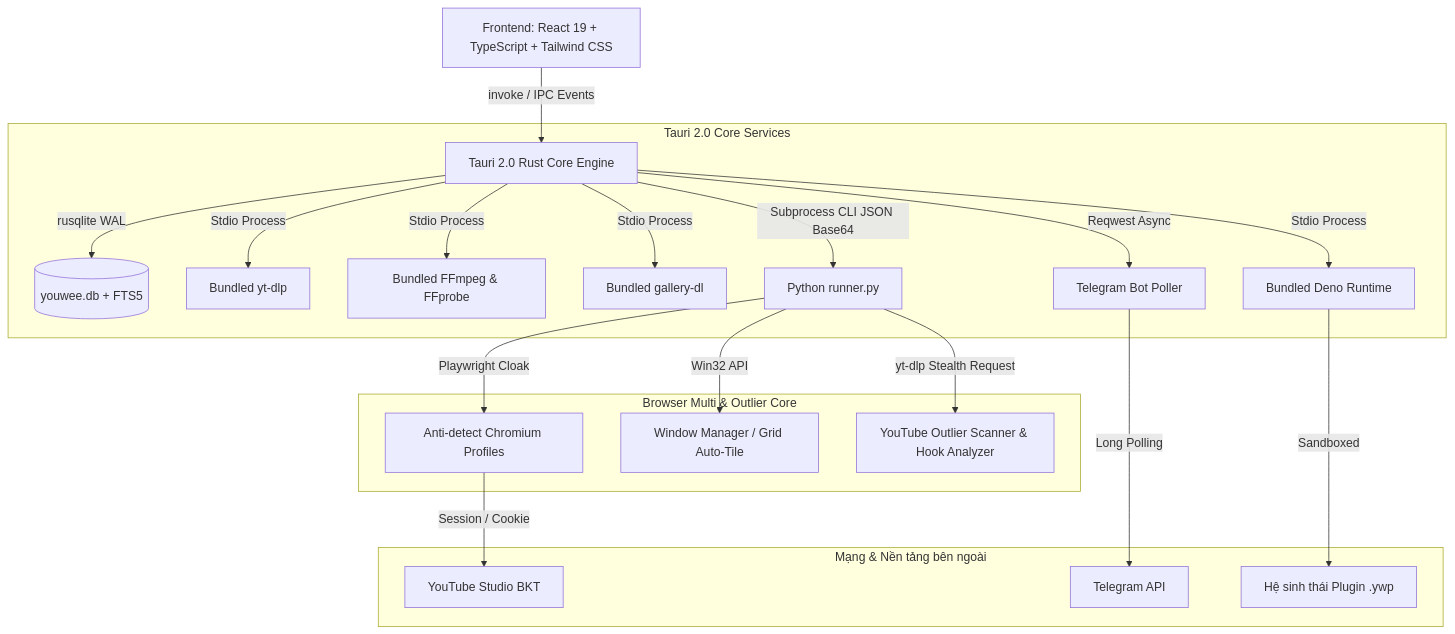
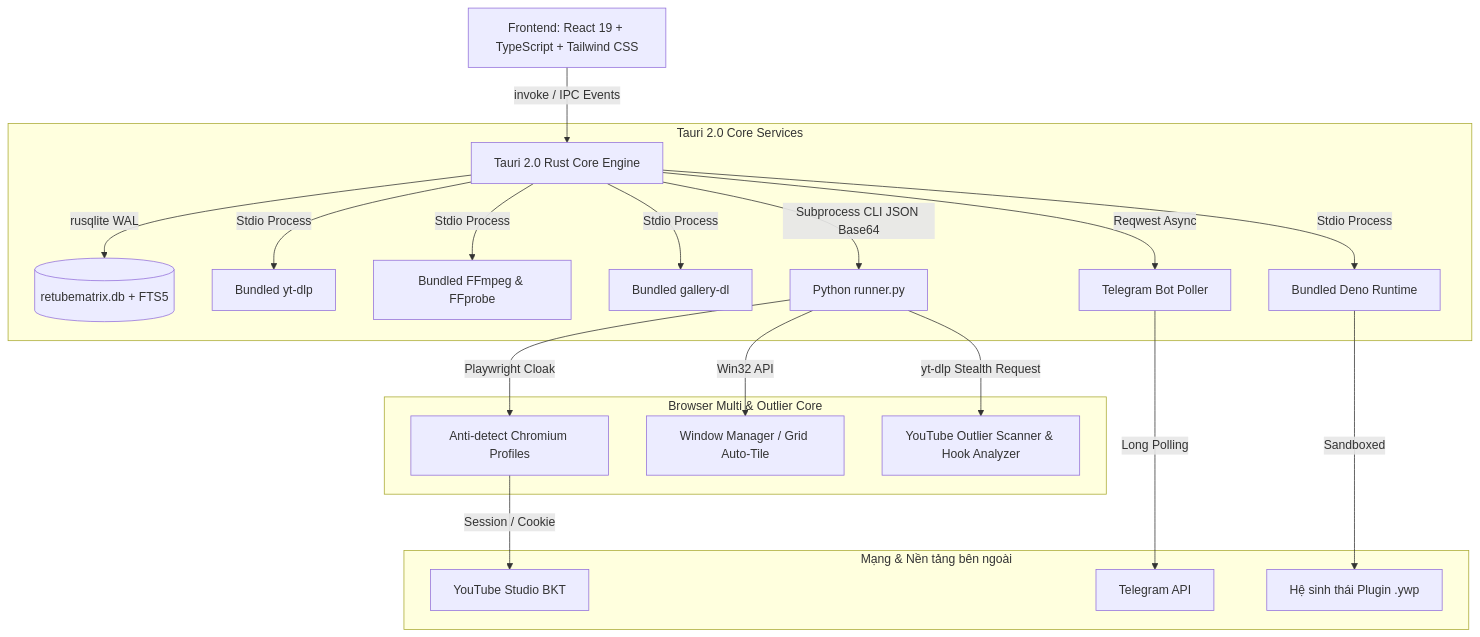
Before and after one commit to DungDT293/RETUBEMATRIX: the first of 4 diagrams in PROJECT_CONTEXT.md, drawn with Mermaid. The commit also changed other lines of this file and 69 other files, not shown here.

````diff
--- a/PROJECT_CONTEXT.md
+++ b/PROJECT_CONTEXT.md
@@ -36,26 +36,26 @@
 ```mermaid
 flowchart TD
     UI[Frontend: React 19 + TypeScript + Tailwind CSS] -- invoke / IPC Events --> Rust[Tauri 2.0 Rust Core Engine]
     
     subgraph RustServices [Tauri 2.0 Core Services]
-        Rust -- rusqlite WAL --> DB[(youwee.db + FTS5)]
+        Rust -- rusqlite WAL --> DB[(retubematrix.db + FTS5)]
         Rust -- Stdio Process --> YTDLP[Bundled yt-dlp]
         Rust -- Stdio Process --> FFMPEG[Bundled FFmpeg & FFprobe]
         Rust -- Stdio Process --> GALLERY[Bundled gallery-dl]
         Rust -- Stdio Process --> DENO[Bundled Deno Runtime]
         Rust -- Reqwest Async --> TELEGRAM[Telegram Bot Poller]
         Rust -- Subprocess CLI JSON Base64 --> RUNNER[Python runner.py]
     end
 
     subgraph BrowserEngine [Browser Multi & Outlier Core]
         RUNNER -- Playwright Cloak --> CHROMIUM[Anti-detect Chromium Profiles]
         RUNNER -- Win32 API --> WINDOWS[Window Manager / Grid Auto-Tile]
         RUNNER -- yt-dlp Stealth Request --> OUTLIERS[YouTube Outlier Scanner & Hook Analyzer]
     end
 
     subgraph ExternalPlatforms [Mạng & Nền tảng bên ngoài]
         CHROMIUM -- Session / Cookie --> YT_STUDIO[YouTube Studio BKT]
         TELEGRAM -- Long Polling --> TG_SERVERS[Telegram API]
         DENO -- Sandboxed --> PLUGINS[Hệ sinh thái Plugin .ywp]
     end
 ```
````
